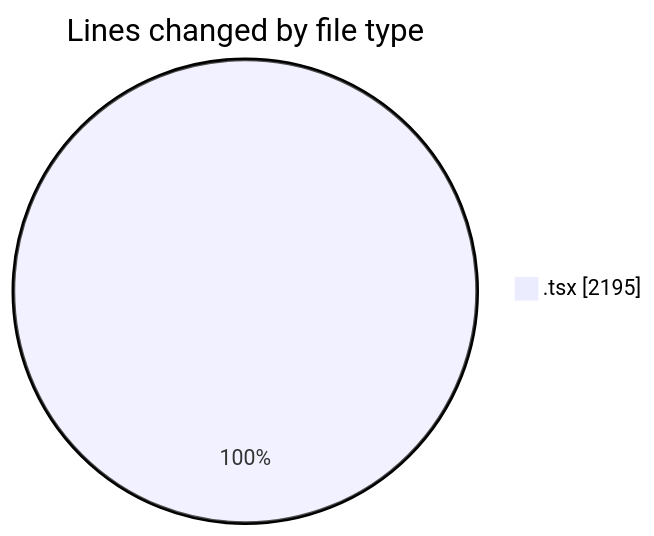
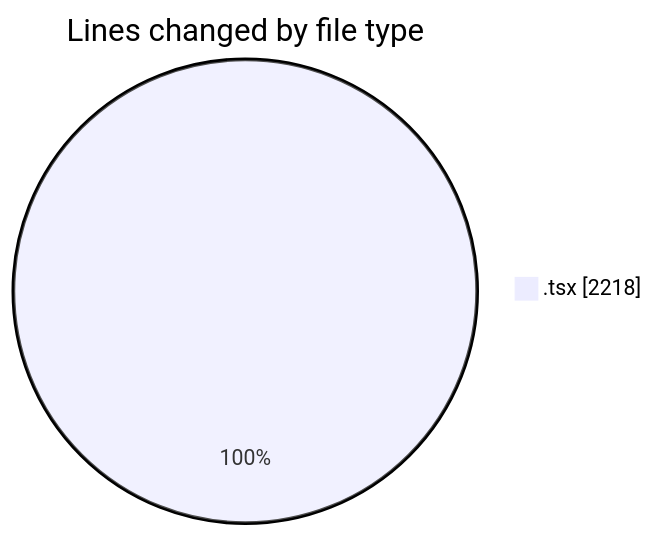
The first of 2 diagrams in 2026-03-05/nxtqube_webapp/README.md (nxtqubesakshisongat/code-tracking), drawn with Mermaid before and after one commit. The commit also changed other lines of this file and 1 other file, not shown here.

````diff
--- a/2026-03-05/nxtqube_webapp/README.md
+++ b/2026-03-05/nxtqube_webapp/README.md
@@ -21,5 +21,5 @@
 ```mermaid
 pie showData
 title Lines changed by file type
-".tsx" : 2195
+".tsx" : 2218
 ```
````
